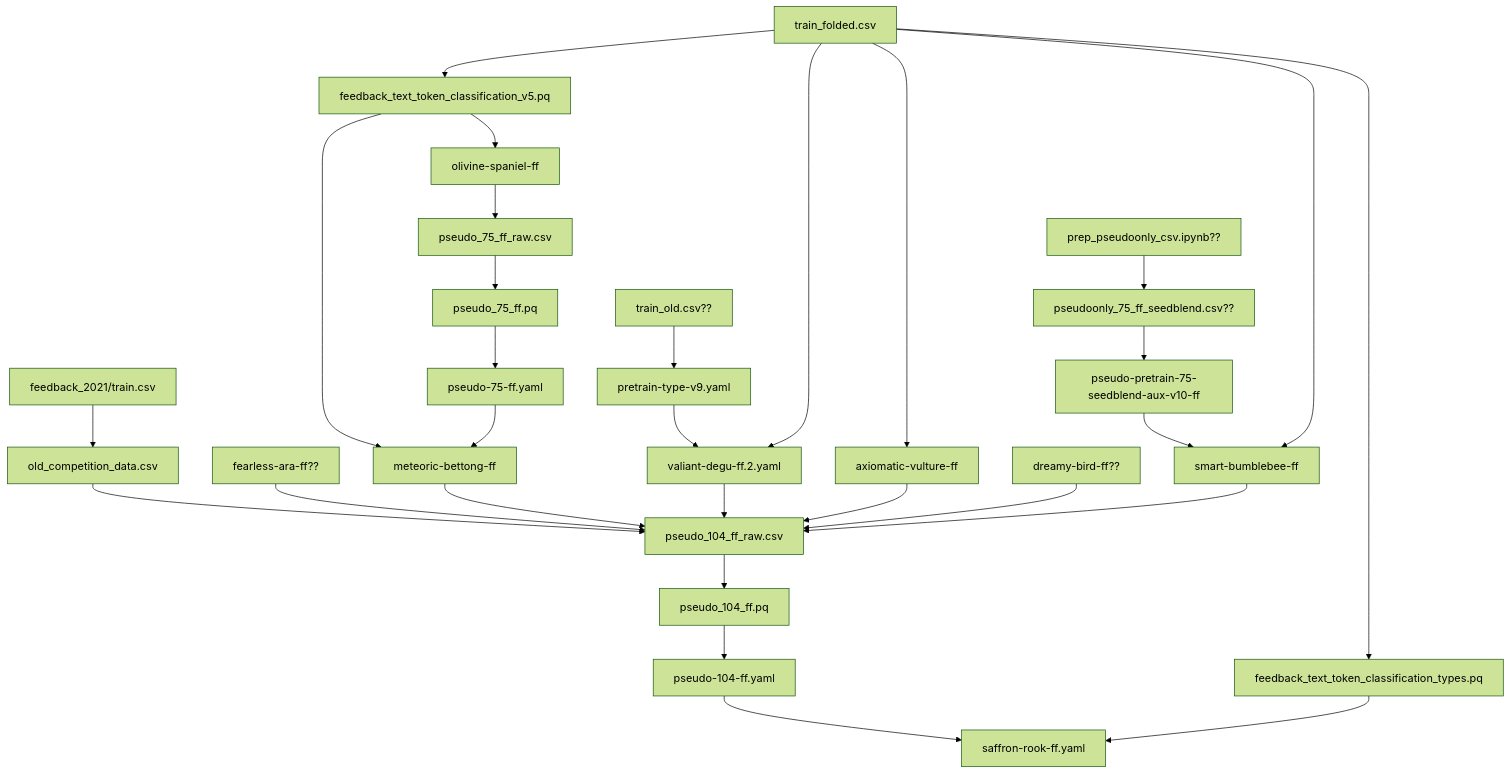
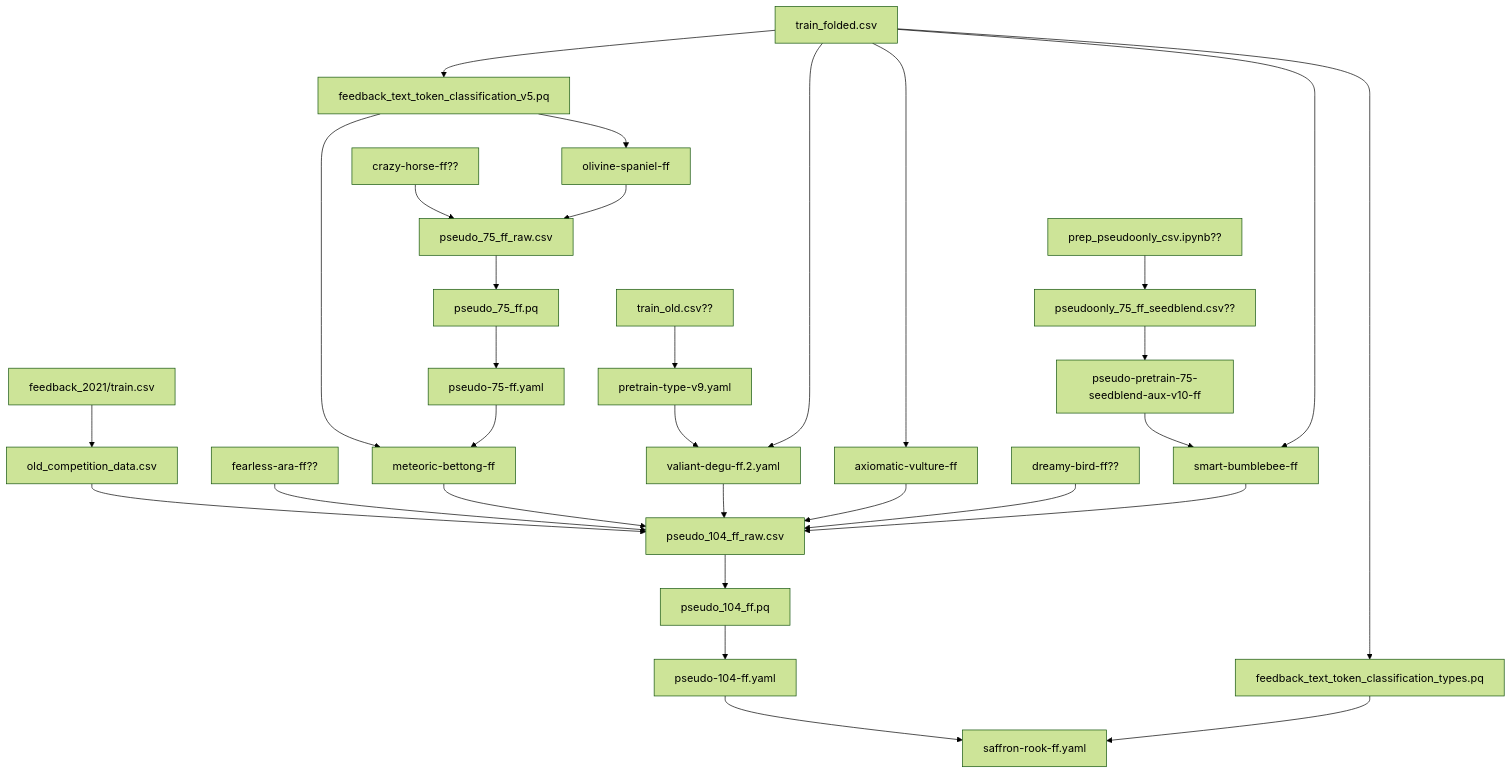
The third of 10 diagrams in model_dependencies.md (st81/kaggle-feedback-prize-effectiveness), drawn with Mermaid (forest theme) before and after one commit.

Commit message:
Update: model_dependencies.md for pseudo_75_ff_raw.csv

````diff
--- a/model_dependencies.md
+++ b/model_dependencies.md
@@ -13,30 +13,31 @@
 ```mermaid
 flowchart TD
     feedback_2021/train.csv -->
     old_competition_data.csv --> pseudo_104_ff_raw.csv
     fearless-ara-ff??  --> pseudo_104_ff_raw.csv 
     train_folded.csv --> feedback_text_token_classification_v5.pq
     feedback_text_token_classification_v5.pq --> meteoric-bettong-ff
     feedback_text_token_classification_v5.pq --> olivine-spaniel-ff
+    crazy-horse-ff?? --> pseudo_75_ff_raw.csv
     olivine-spaniel-ff --> pseudo_75_ff_raw.csv
     pseudo_75_ff_raw.csv --> pseudo_75_ff.pq
     pseudo_75_ff.pq --> pseudo-75-ff.yaml
     pseudo-75-ff.yaml --> meteoric-bettong-ff
     meteoric-bettong-ff --> pseudo_104_ff_raw.csv 
     train_old.csv?? --> pretrain-type-v9.yaml
     pretrain-type-v9.yaml --> valiant-degu-ff.2.yaml
     train_folded.csv --> valiant-degu-ff.2.yaml
     valiant-degu-ff.2.yaml --> pseudo_104_ff_raw.csv  
     train_folded.csv --> axiomatic-vulture-ff
     axiomatic-vulture-ff  --> pseudo_104_ff_raw.csv 
     dreamy-bird-ff??  --> pseudo_104_ff_raw.csv 
     prep_pseudoonly_csv.ipynb?? --> pseudoonly_75_ff_seedblend.csv??
     pseudoonly_75_ff_seedblend.csv?? --> pseudo-pretrain-75-seedblend-aux-v10-ff
     pseudo-pretrain-75-seedblend-aux-v10-ff --> smart-bumblebee-ff
     train_folded.csv --> smart-bumblebee-ff
     smart-bumblebee-ff  --> pseudo_104_ff_raw.csv 
     pseudo_104_ff_raw.csv --> pseudo_104_ff.pq -->
     pseudo-104-ff.yaml --> saffron-rook-ff.yaml
     train_folded.csv -->
     feedback_text_token_classification_types.pq --> saffron-rook-ff.yaml
 ``` 
````
